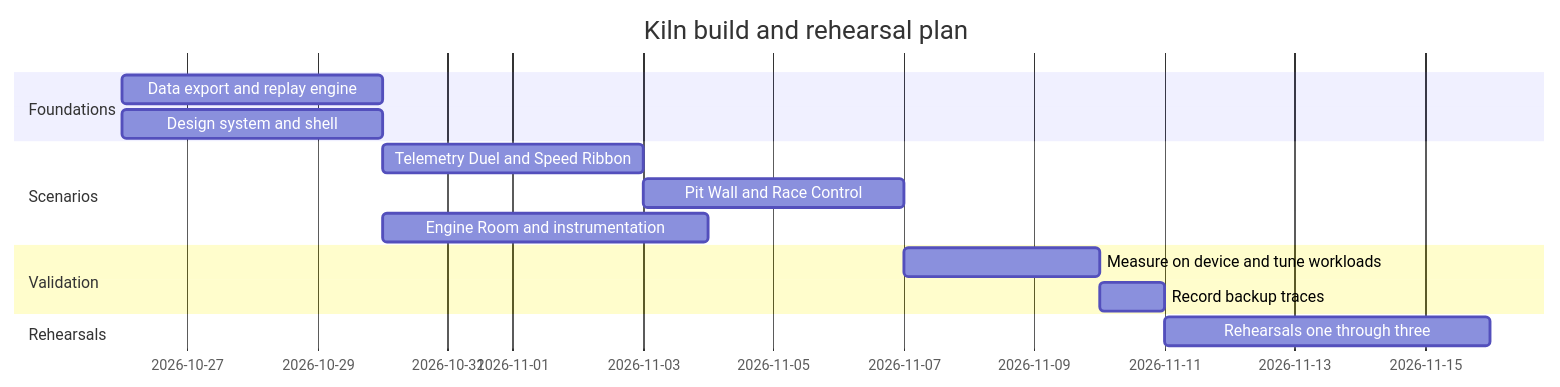
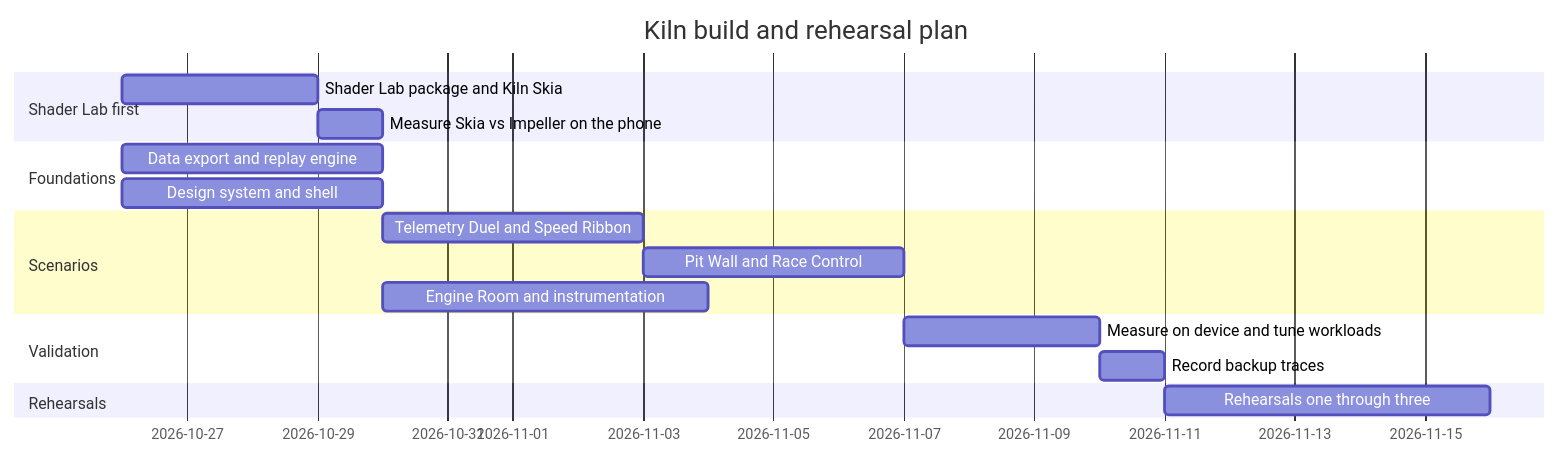
The second of 2 diagrams in docs/product/PRD.md (cm-collins/fluttercon-demo-app), drawn with Mermaid before and after one commit. The commit also changed other lines of this file and 84 other files, not shown here.

First line of the commit message:
✨ feat: add Shader Lab apps to compare Skia and Impeller live

````diff
--- a/docs/product/PRD.md
+++ b/docs/product/PRD.md
@@ -154,17 +156,20 @@
 ```mermaid
 gantt
     title Kiln build and rehearsal plan
     dateFormat YYYY-MM-DD
+    section Shader Lab first
+    Shader Lab package and Kiln Skia        :s1, 2026-10-26, 3d
+    Measure Skia vs Impeller on the phone   :s2, after s1, 1d
     section Foundations
     Data export and replay engine           :a1, 2026-10-26, 4d
     Design system and shell                 :a2, 2026-10-26, 4d
     section Scenarios
     Telemetry Duel and Speed Ribbon         :b1, 2026-10-30, 4d
     Pit Wall and Race Control               :b2, 2026-11-03, 4d
     Engine Room and instrumentation         :b3, 2026-10-30, 5d
     section Validation
     Measure on device and tune workloads    :c1, 2026-11-07, 3d
     Record backup traces                    :c2, 2026-11-10, 1d
     section Rehearsals
     Rehearsals one through three            :d1, 2026-11-11, 5d
 ```
````
